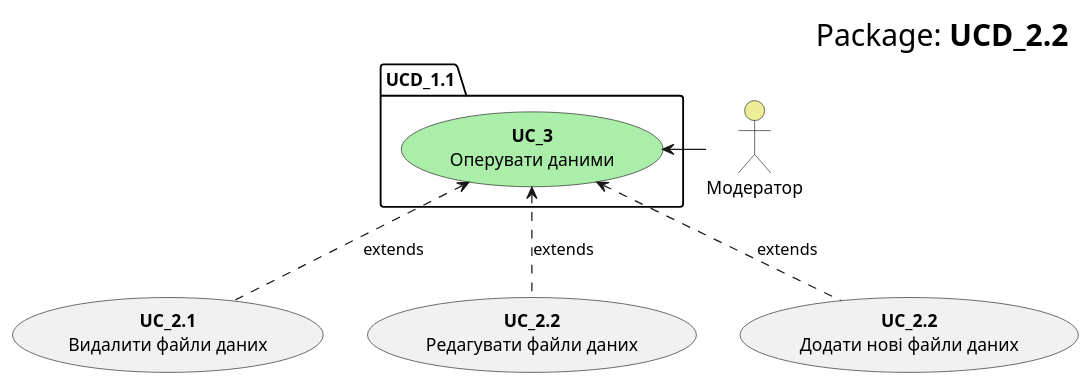
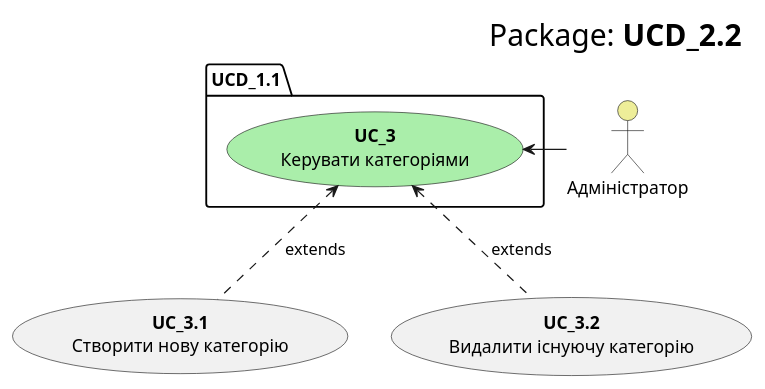
Before and after one commit to KarmazinN/db_open_data: the diagram in src/uml/usecase22.puml, drawn with PlantUML.

```diff
--- a/src/uml/usecase22.puml
+++ b/src/uml/usecase22.puml
@@ -1,21 +1,19 @@
 @startuml
     right header
         <font size=24 color=black>Package:<b> UCD_2.2
     end header
 
     package UCD_1.1 {
-        usecase "<b>UC_3</b>\nОперувати даними" as UC_3 #aaeeaa
+        usecase "<b>UC_3</b>\nКерувати категоріями" as UC_3 #aaeeaa
     }
     
-    actor "Модератор" as Moder #eeee99
-    Moder -l-> UC_3
+    actor "Адміністратор" as Admin #eeee99
+    Admin -l-> UC_3
     
-    usecase "<b>UC_2.1</b>\nВидалити файли даних" as UC_3.1
-    usecase "<b>UC_2.2</b>\nРедагувати файли даних" as UC_3.2
-    usecase "<b>UC_2.2</b>\nДодати нові файли даних" as UC_3.3
+    usecase "<b>UC_3.1</b>\nСтворити нову категорію" as UC_1.1
+    usecase "<b>UC_3.2</b>\nВидалити існуючу категорію" as UC_1.2
     
-    UC_3.1 .u.> UC_3: extends
-    UC_3.2 .u.> UC_3: extends
-    UC_3.3 .u.> UC_3: extends
+    UC_1.1 .u.> UC_3: extends
+    UC_1.2 .u.> UC_3: extends
     
 @enduml
```
